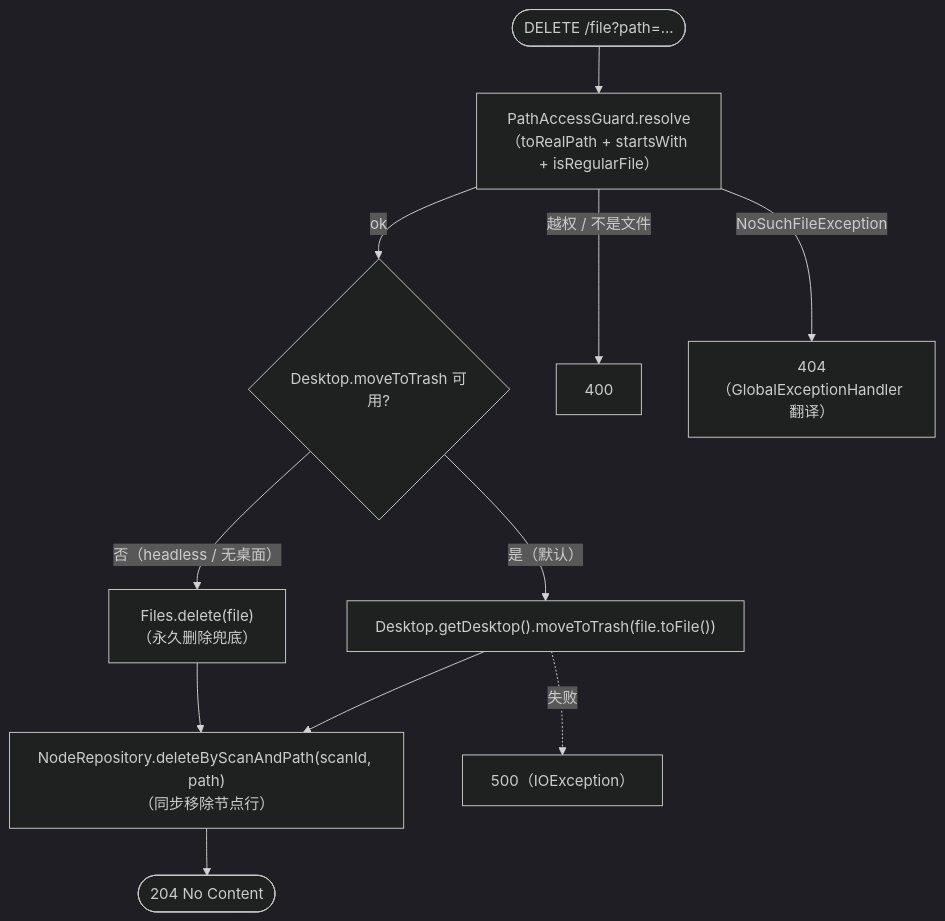
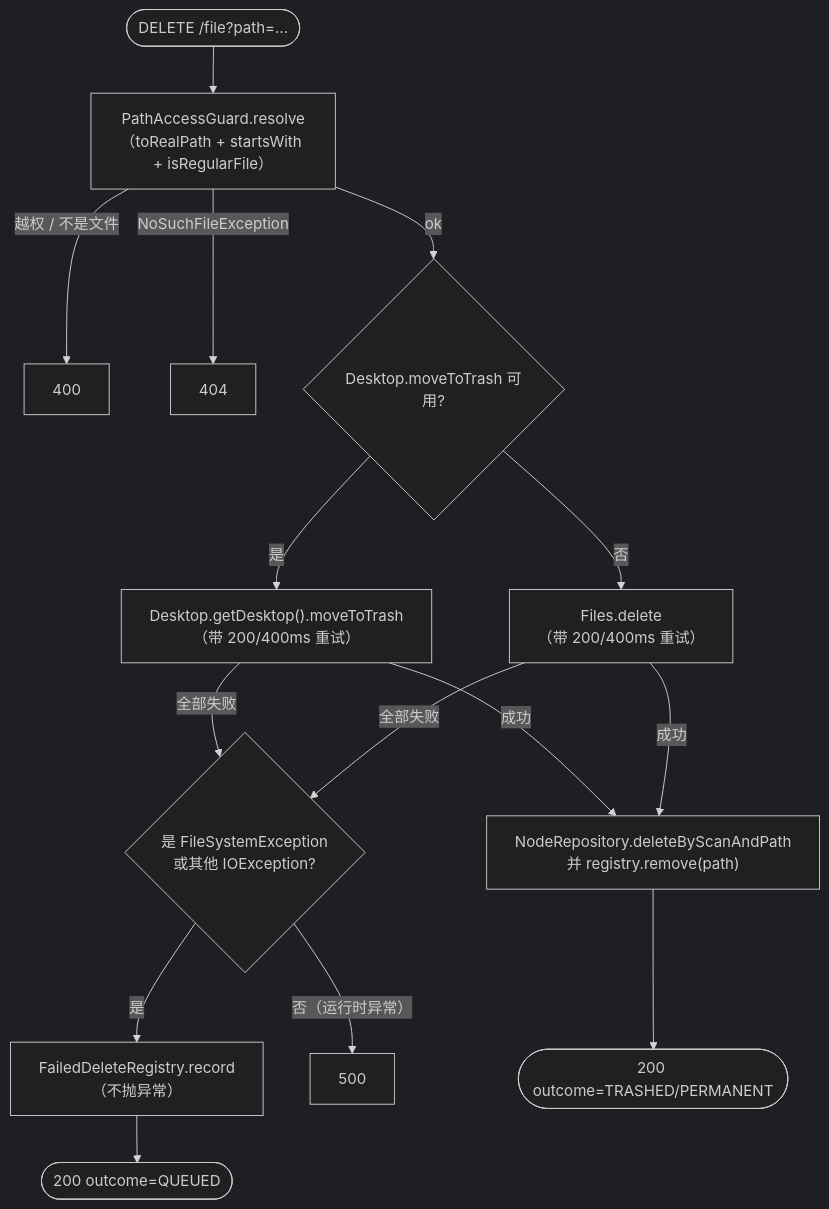
The first of 2 diagrams in kai-toolbox/design/文件删除/文件删除-current.md (exception-coder/ai-docs), drawn with Mermaid (dark theme) before and after one commit. The commit also changed other lines of this file and 68 other files, not shown here.

````diff
--- a/kai-toolbox/design/文件删除/文件删除-current.md
+++ b/kai-toolbox/design/文件删除/文件删除-current.md
@@ -33,13 +74,17 @@
 ```mermaid
 flowchart TD
     A(["DELETE /file?path=..."]) --> B["PathAccessGuard.resolve\n（toRealPath + startsWith + isRegularFile）"]
+    B -->|"越权 / 不是文件"| ER1["400"]
+    B -->|"NoSuchFileException"| ER2["404"]
     B -->|"ok"| C{"Desktop.moveToTrash 可用?"}
-    B -->|"越权 / 不是文件"| ER1["400"]
-    B -->|"NoSuchFileException"| ER2["404（GlobalExceptionHandler 翻译）"]
-    C -->|"是（默认）"| D["Desktop.getDesktop().moveToTrash(file.toFile())"]
-    C -->|"否（headless / 无桌面）"| E["Files.delete(file)\n（永久删除兜底）"]
-    D --> F["NodeRepository.deleteByScanAndPath(scanId, path)\n（同步移除节点行）"]
-    E --> F
-    D -.失败.-> ER3["500（IOException）"]
-    F --> G(["204 No Content"])
+    C -->|"是"| D["Desktop.getDesktop().moveToTrash\n（带 200/400ms 重试）"]
+    C -->|"否"| E["Files.delete\n（带 200/400ms 重试）"]
+    D -->|"成功"| OK1["NodeRepository.deleteByScanAndPath\n并 registry.remove(path)"]
+    E -->|"成功"| OK1
+    D -->|"全部失败"| F{"是 FileSystemException\n或其他 IOException?"}
+    E -->|"全部失败"| F
+    F -->|"是"| Q["FailedDeleteRegistry.record\n（不抛异常）"]
+    F -->|"否（运行时异常）"| ER3["500"]
+    OK1 --> G(["200 outcome=TRASHED/PERMANENT"])
+    Q --> H(["200 outcome=QUEUED"])
 ```
````
